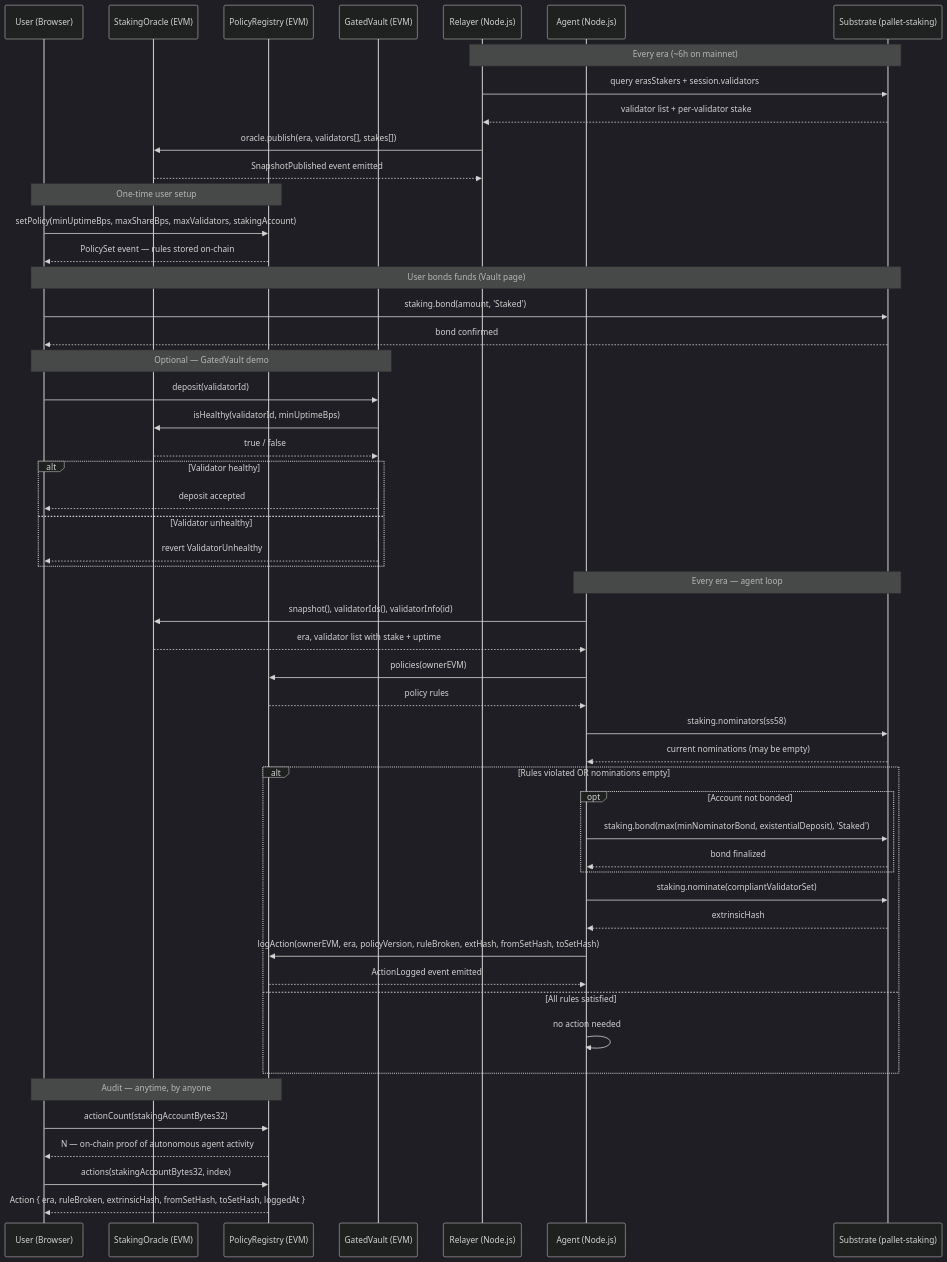
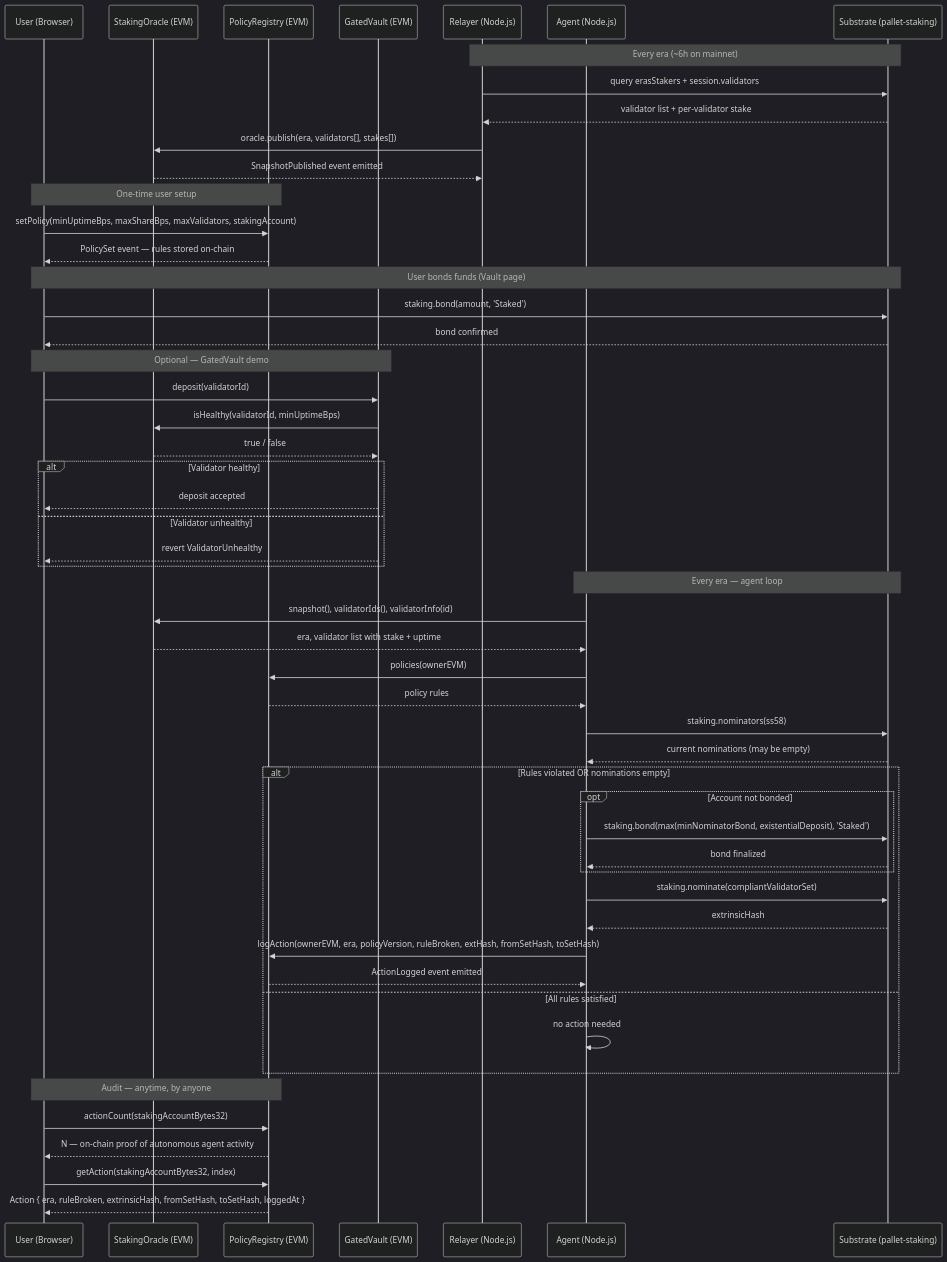
Before and after one commit to Suganthan96/Potake: the diagram in README.md, drawn with Mermaid (dark theme). The commit also changed other lines of this file and 9 other files, not shown here.

````diff
--- a/README.md
+++ b/README.md
@@ -128,61 +128,61 @@
 ```mermaid
 sequenceDiagram
     participant U as User (Browser)
     participant OR as StakingOracle (EVM)
     participant RG as PolicyRegistry (EVM)
     participant GV as GatedVault (EVM)
     participant Rel as Relayer (Node.js)
     participant Agt as Agent (Node.js)
     participant Sub as Substrate (pallet-staking)
 
     Note over Rel,Sub: Every era (~6h on mainnet)
     Rel->>Sub: query erasStakers + session.validators
     Sub-->>Rel: validator list + per-validator stake
     Rel->>OR: oracle.publish(era, validators[], stakes[])
     OR-->>Rel: SnapshotPublished event emitted
 
     Note over U,RG: One-time user setup
     U->>RG: setPolicy(minUptimeBps, maxShareBps, maxValidators, stakingAccount)
     RG-->>U: PolicySet event — rules stored on-chain
 
     Note over U,Sub: User bonds funds (Vault page)
     U->>Sub: staking.bond(amount, 'Staked')
     Sub-->>U: bond confirmed
 
     Note over U,GV: Optional — GatedVault demo
     U->>GV: deposit(validatorId)
     GV->>OR: isHealthy(validatorId, minUptimeBps)
     OR-->>GV: true / false
     alt Validator healthy
         GV-->>U: deposit accepted
     else Validator unhealthy
         GV-->>U: revert ValidatorUnhealthy
     end
 
     Note over Agt,Sub: Every era — agent loop
     Agt->>OR: snapshot(), validatorIds(), validatorInfo(id)
     OR-->>Agt: era, validator list with stake + uptime
     Agt->>RG: policies(ownerEVM)
     RG-->>Agt: policy rules
     Agt->>Sub: staking.nominators(ss58)
     Sub-->>Agt: current nominations (may be empty)
 
     alt Rules violated OR nominations empty
         opt Account not bonded
             Agt->>Sub: staking.bond(max(minNominatorBond, existentialDeposit), 'Staked')
             Sub-->>Agt: bond finalized
         end
         Agt->>Sub: staking.nominate(compliantValidatorSet)
         Sub-->>Agt: extrinsicHash
         Agt->>RG: logAction(ownerEVM, era, policyVersion, ruleBroken, extHash, fromSetHash, toSetHash)
         RG-->>Agt: ActionLogged event emitted
     else All rules satisfied
         Agt->>Agt: no action needed
     end
 
     Note over U,RG: Audit — anytime, by anyone
     U->>RG: actionCount(stakingAccountBytes32)
     RG-->>U: N — on-chain proof of autonomous agent activity
-    U->>RG: actions(stakingAccountBytes32, index)
+    U->>RG: getAction(stakingAccountBytes32, index)
     RG-->>U: Action { era, ruleBroken, extrinsicHash, fromSetHash, toSetHash, loggedAt }
 ```
````
